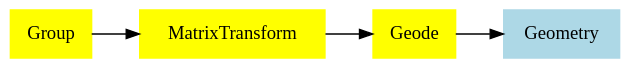
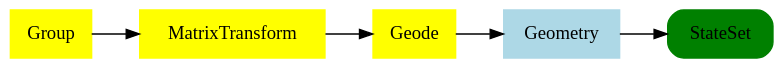
Before and after one commit to pedro-vales/IGM-OSG: the diagram in scene_graph.dot, drawn with Graphviz. The commit also changed 4 other files, not shown here.

```diff
--- a/scene_graph.dot
+++ b/scene_graph.dot
@@ -1,10 +1,12 @@
 digraph osg_scenegraph { rankdir = LR;
 bgcolor=transparent;
 0[shape="record" ,label="<top> Group" ,style="solid, filled" ,color="yellow" ,fillColor="black"]
 1[shape="record" ,label="<top> MatrixTransform" ,style="solid, filled" ,color="yellow" ,fillColor="black"]
 2[shape="record" ,label="<top> Geode" ,style="solid, filled" ,color="yellow" ,fillColor="black"]
 3[shape="record" ,label="<top> Geometry" ,style="solid, filled" ,color="lightblue" ,fillColor="black"]
+4[shape="Mrecord" ,label="<top> StateSet" ,style="solid, filled" ,color="green" ,fillColor="black"]
+3:top -> 4:top [style=""];
 2:top -> 3:top [style=""];
 1:top -> 2:top [style=""];
 0:top -> 1:top [style=""];
 }
```
